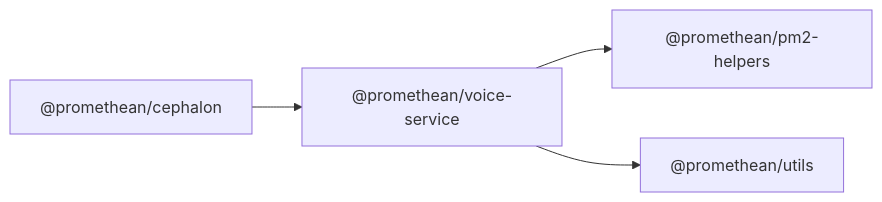
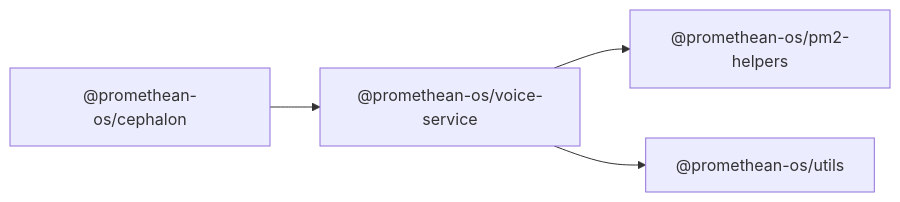
The diagram in docs/packages/voice/README.md (octave-commons/promethean), drawn with Mermaid before and after one commit. The commit also changed other lines of this file and 1753 other files, not shown here.

````diff
--- a/docs/packages/voice/README.md
+++ b/docs/packages/voice/README.md
@@ -14,13 +14,13 @@
 ```mermaid
 graph LR
-  A["@promethean/voice-service"]
-  D1["@promethean/pm2-helpers"]
-  D2["@promethean/utils"]
-  R1["@promethean/cephalon"]
-  A --> D1["@promethean/pm2-helpers"]
-  A --> D2["@promethean/utils"]
-  R1["@promethean/cephalon"] --> A
-  click D1 "../pm2-helpers/README.md" "@promethean/pm2-helpers"
-  click D2 "../utils/README.md" "@promethean/utils"
-  click R1 "../cephalon/README.md" "@promethean/cephalon"
+  A["@promethean-os/voice-service"]
+  D1["@promethean-os/pm2-helpers"]
+  D2["@promethean-os/utils"]
+  R1["@promethean-os/cephalon"]
+  A --> D1["@promethean-os/pm2-helpers"]
+  A --> D2["@promethean-os/utils"]
+  R1["@promethean-os/cephalon"] --> A
+  click D1 "../pm2-helpers/README.md" "@promethean-os/pm2-helpers"
+  click D2 "../utils/README.md" "@promethean-os/utils"
+  click R1 "../cephalon/README.md" "@promethean-os/cephalon"
 ```
````
